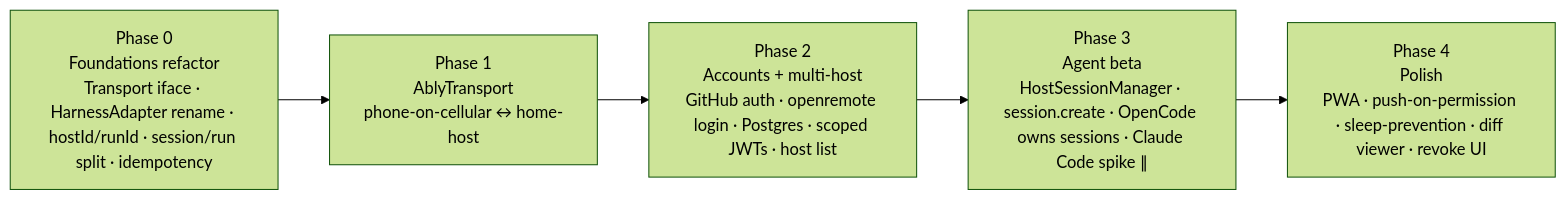
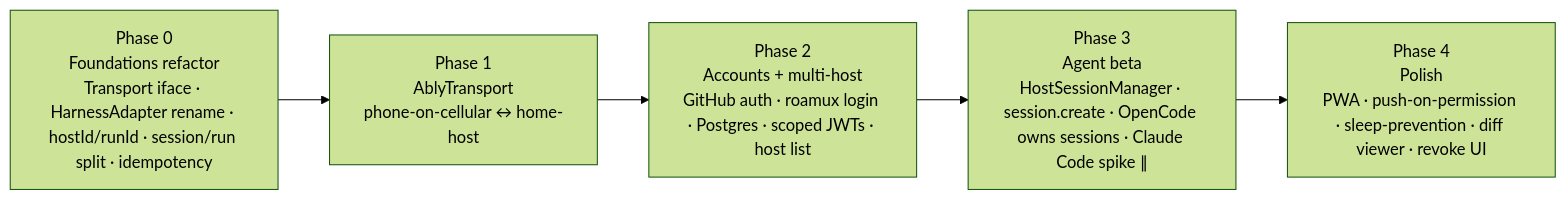
Before and after one commit to phyra-research/roamux: the seventh of 7 diagrams in docs/beta-architecture.md, drawn with Mermaid (forest theme). The commit also changed other lines of this file and 7 other files, not shown here.

````diff
--- a/docs/beta-architecture.md
+++ b/docs/beta-architecture.md
@@ -473,7 +473,7 @@
 ```mermaid
 flowchart LR
   P0["Phase 0<br/>Foundations refactor<br/>Transport iface · HarnessAdapter rename · hostId/runId · session/run split · idempotency"] --> P1["Phase 1<br/>AblyTransport<br/>phone-on-cellular ↔ home-host"]
-  P1 --> P2["Phase 2<br/>Accounts + multi-host<br/>GitHub auth · openremote login · Postgres · scoped JWTs · host list"]
+  P1 --> P2["Phase 2<br/>Accounts + multi-host<br/>GitHub auth · roamux login · Postgres · scoped JWTs · host list"]
   P2 --> P3["Phase 3<br/>Agent beta<br/>HostSessionManager · session.create · OpenCode owns sessions · Claude Code spike ∥"]
   P3 --> P4["Phase 4<br/>Polish<br/>PWA · push-on-permission · sleep-prevention · diff viewer · revoke UI"]
 ```
````
